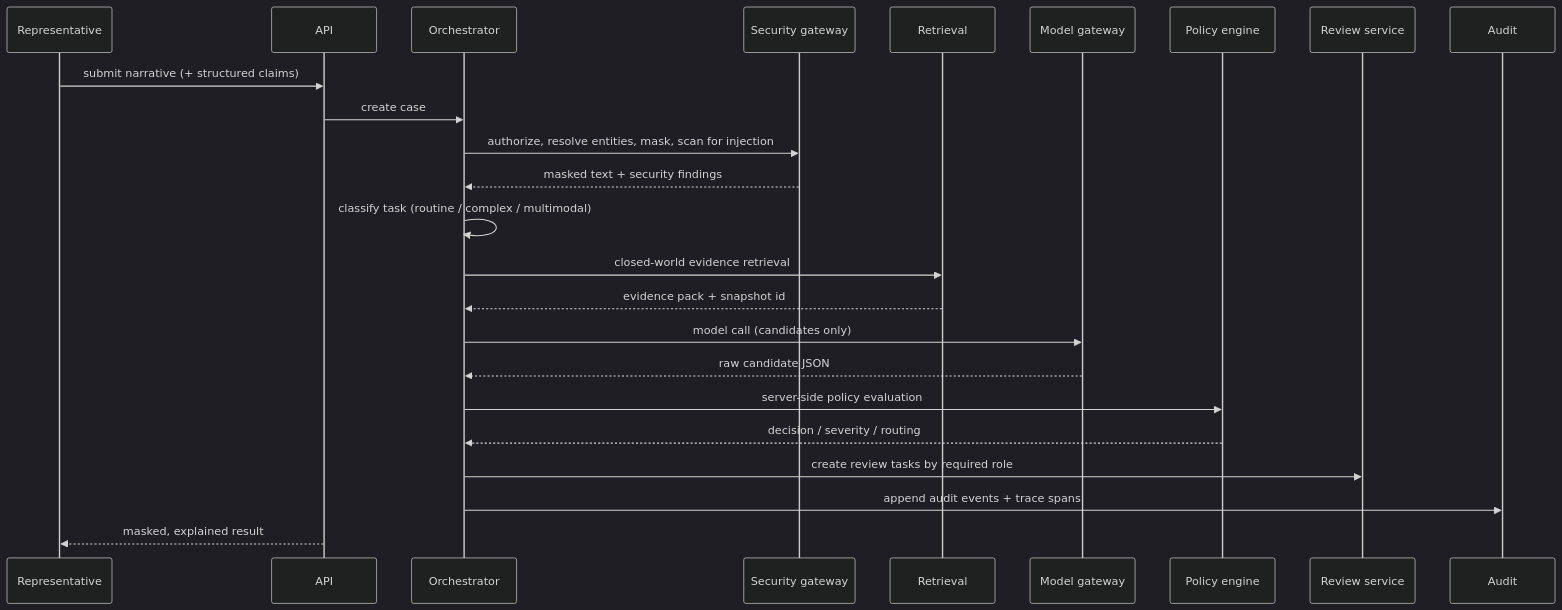
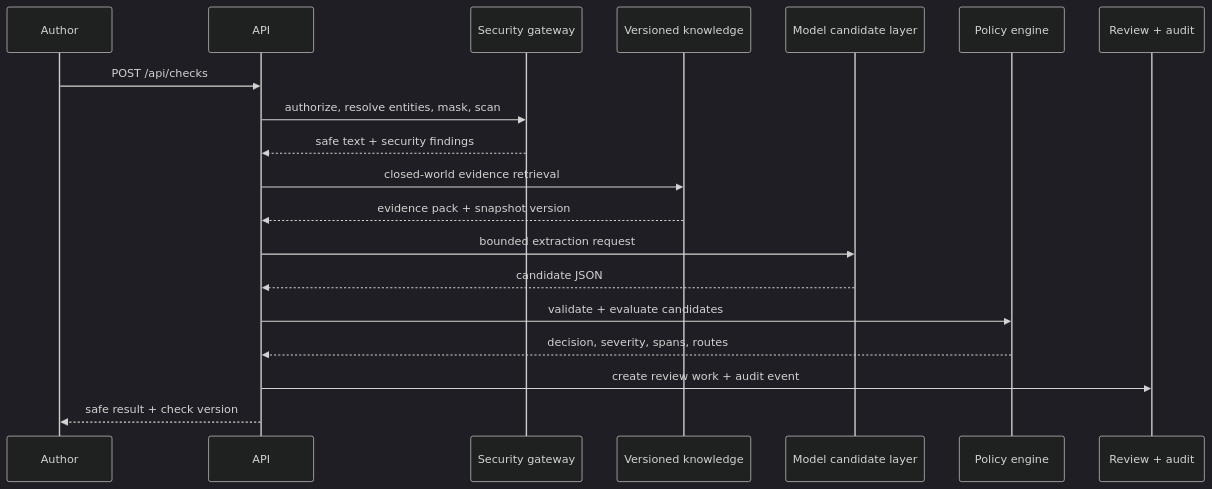
One commit to Minus77/Compliance-AI-Guard changed the third of 5 diagrams in docs/architecture.md. Above: the diagram before and after it, drawn with Mermaid (dark theme). The commit also changed other lines of this file and 13 other files, not shown here.

````diff
--- a/docs/architecture.md
+++ b/docs/architecture.md
@@ -68,27 +88,22 @@
 ```mermaid
 sequenceDiagram
-    participant U as Representative
+    participant U as Author
     participant API as API
-    participant ORC as Orchestrator
     participant SEC as Security gateway
-    participant RTR as Retrieval
-    participant GW as Model gateway
-    participant POL as Policy engine
-    participant RVW as Review service
-    participant AUD as Audit
+    participant K as Versioned knowledge
+    participant M as Model candidate layer
+    participant P as Policy engine
+    participant R as Review + audit
 
-    U->>API: submit narrative (+ structured claims)
-    API->>ORC: create case
-    ORC->>SEC: authorize, resolve entities, mask, scan for injection
-    SEC-->>ORC: masked text + security findings
-    ORC->>ORC: classify task (routine / complex / multimodal)
-    ORC->>RTR: closed-world evidence retrieval
-    RTR-->>ORC: evidence pack + snapshot id
-    ORC->>GW: model call (candidates only)
-    GW-->>ORC: raw candidate JSON
-    ORC->>POL: server-side policy evaluation
-    POL-->>ORC: decision / severity / routing
-    ORC->>RVW: create review tasks by required role
-    ORC->>AUD: append audit events + trace spans
-    API-->>U: masked, explained result
+    U->>API: POST /api/checks
+    API->>SEC: authorize, resolve entities, mask, scan
+    SEC-->>API: safe text + security findings
+    API->>K: closed-world evidence retrieval
+    K-->>API: evidence pack + snapshot version
+    API->>M: bounded extraction request
+    M-->>API: candidate JSON
+    API->>P: validate + evaluate candidates
+    P-->>API: decision, severity, spans, routes
+    API->>R: create review work + audit event
+    API-->>U: safe result + check version
 ```
````
